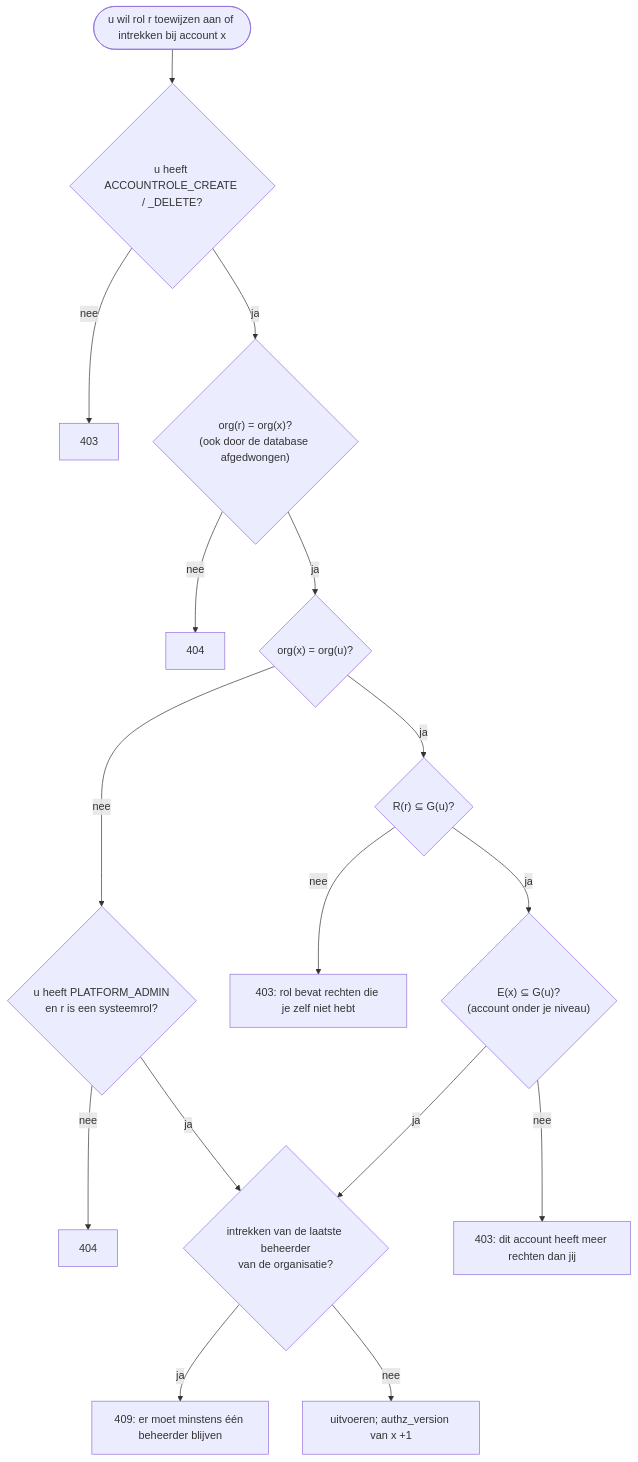
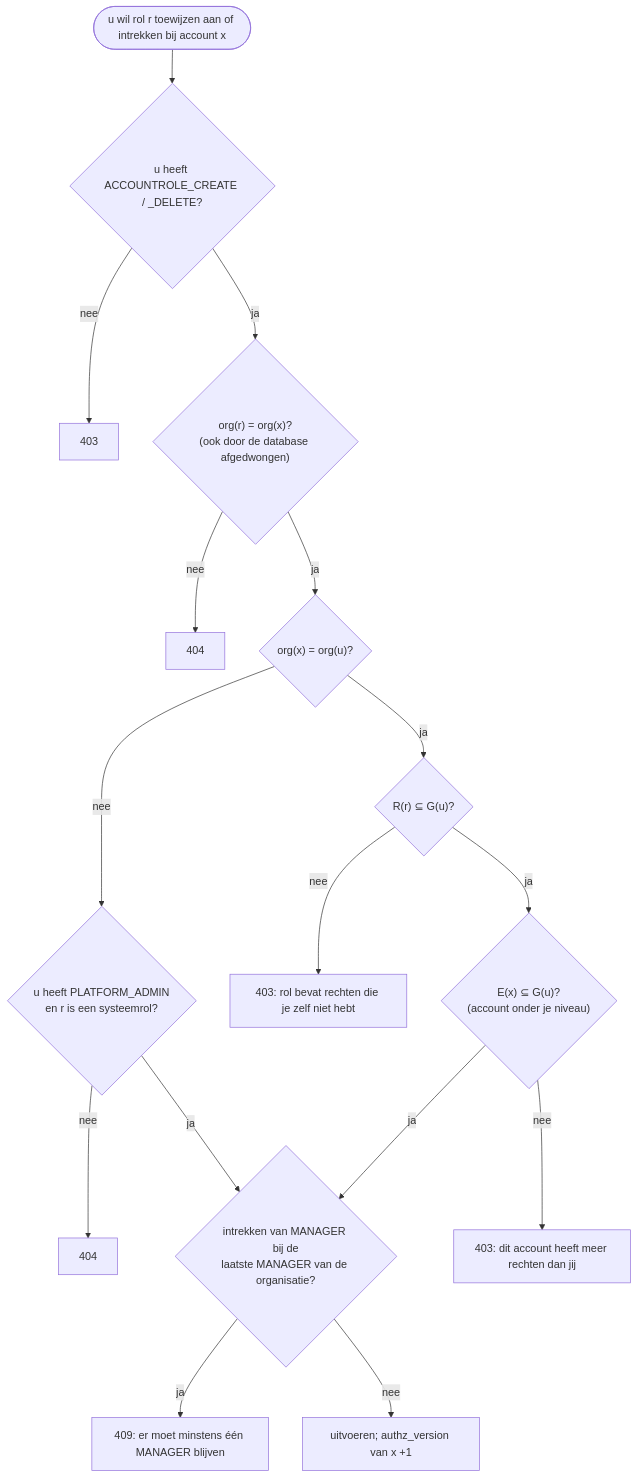
Before and after one commit to kbosma/rds: the seventh of 12 diagrams in docs/voorstel-eigen-rollen.md, drawn with Mermaid. The commit also changed other lines of this file and 1 other file, not shown here.

Commit message:
docs: besluiten op de open vragen verwerkt in het voorstel eigen rollen (rechtenlogboek, laatste MANAGER, nieuwe rechten, RDS Platform)

````diff
--- a/docs/voorstel-eigen-rollen.md
+++ b/docs/voorstel-eigen-rollen.md
@@ -344,18 +346,18 @@
 ```mermaid
 flowchart TD
     start([u wil rol r toewijzen aan of intrekken bij account x]) --> p{"u heeft ACCOUNTROLE_CREATE / _DELETE?"}
     p -- nee --> f403a[403]
     p -- ja --> same{"org(r) = org(x)?<br/>(ook door de database afgedwongen)"}
     same -- nee --> f404a[404]
     same -- ja --> mine{"org(x) = org(u)?"}
     mine -- nee --> plat{"u heeft PLATFORM_ADMIN<br/>en r is een systeemrol?"}
     plat -- nee --> f404b[404]
     plat -- ja --> last
     mine -- ja --> lvlr{"R(r) ⊆ G(u)?"}
     lvlr -- nee --> f403b["403: rol bevat rechten die je zelf niet hebt"]
     lvlr -- ja --> lvlx{"E(x) ⊆ G(u)?<br/>(account onder je niveau)"}
     lvlx -- nee --> f403c["403: dit account heeft meer rechten dan jij"]
-    lvlx -- ja --> last{"intrekken van de laatste beheerder<br/>van de organisatie?"}
-    last -- ja --> f409["409: er moet minstens één beheerder blijven"]
+    lvlx -- ja --> last{"intrekken van MANAGER bij de<br/>laatste MANAGER van de organisatie?"}
+    last -- ja --> f409["409: er moet minstens één MANAGER blijven"]
     last -- nee --> ok["uitvoeren; authz_version van x +1"]
 ```
````
